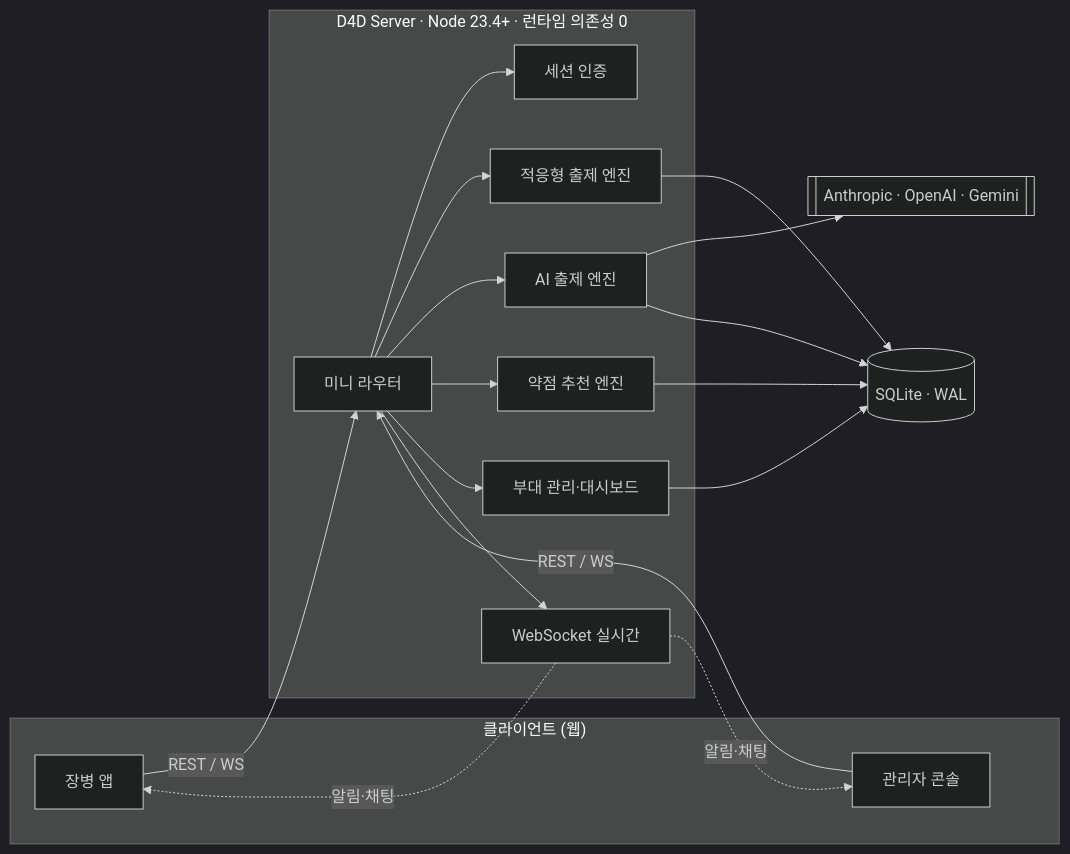
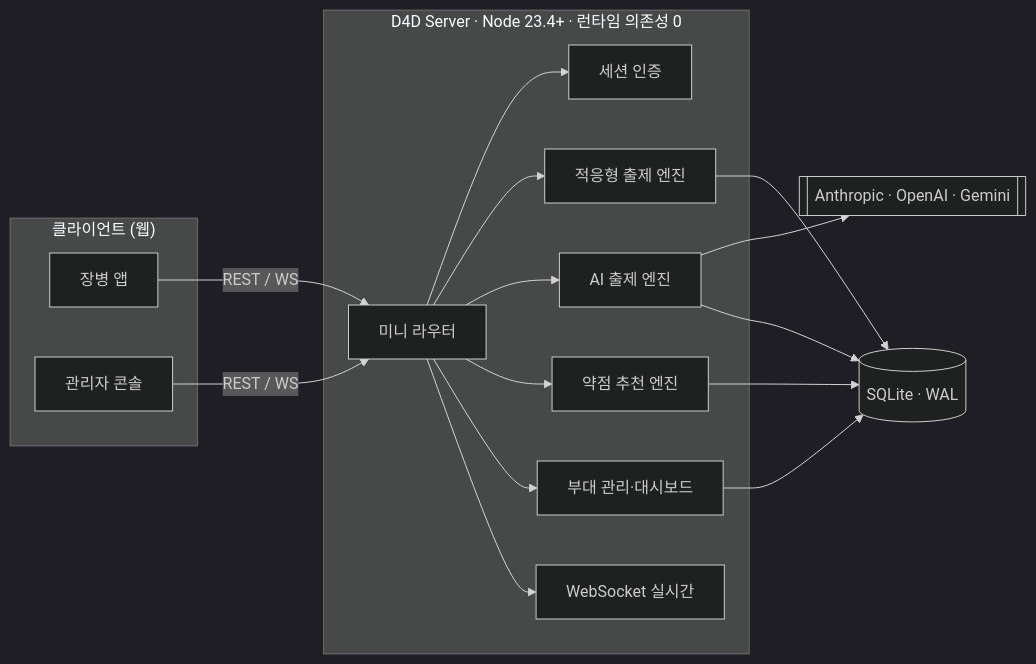
The third of 3 diagrams in profile/README.md (d4d-condition-1/.github), drawn with Mermaid (dark theme) before and after one commit. The commit also changed other lines of this file, not shown here.

````diff
--- a/profile/README.md
+++ b/profile/README.md
@@ -84,26 +129,24 @@
 ```mermaid
 flowchart LR
   subgraph Client["클라이언트 (웹)"]
     T[장병 앱]
     A[관리자 콘솔]
   end
   subgraph Server["D4D Server · Node 23.4+ · 런타임 의존성 0"]
     R[미니 라우터] --> AUTH[세션 인증]
     R --> TR[적응형 출제 엔진]
     R --> AIQ[AI 출제 엔진]
     R --> REC[약점 추천 엔진]
     R --> ADM[부대 관리·대시보드]
     R --> WS[WebSocket 실시간]
   end
   DB[(SQLite · WAL)]
   LLM[["Anthropic · OpenAI · Gemini"]]
   T -- REST / WS --> R
   A -- REST / WS --> R
   TR --> DB
   AIQ --> LLM
   AIQ --> DB
   REC --> DB
   ADM --> DB
-  WS -. 알림·채팅 .-> T
-  WS -. 알림·채팅 .-> A
 ```
````
